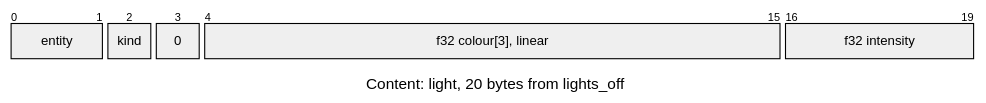
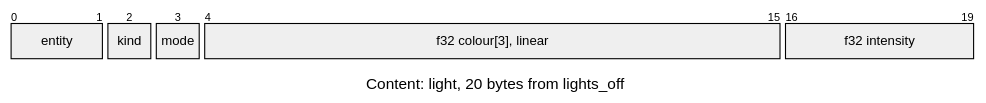
One commit to jose-villegas/autana changed the sixth of 16 diagrams in docs/assets/formats/SCNE.md. Above: the diagram before and after it, drawn with Mermaid. The commit also changed other lines of this file and 3 other files, not shown here.

````diff
--- a/docs/assets/formats/SCNE.md
+++ b/docs/assets/formats/SCNE.md
@@ -109,16 +109,16 @@
 ```mermaid
 ---
 config:
-  themeCSS: "g:nth-of-type(2) rect:nth-of-type(1) { fill: #e3e3e3 !important; } g:nth-of-type(2) rect:nth-of-type(2) { fill: #e3e3e3 !important; } g:nth-of-type(2) rect:nth-of-type(3) { fill: #ffffff !important; stroke-dasharray: 4 3 !important; } g:nth-of-type(2) rect:nth-of-type(4) { fill: #e3e3e3 !important; } g:nth-of-type(2) rect:nth-of-type(5) { fill: #e3e3e3 !important; } .packetLabel { fill: #1b1b1b !important; }"
+  themeCSS: "g:nth-of-type(2) rect:nth-of-type(1) { fill: #e3e3e3 !important; } g:nth-of-type(2) rect:nth-of-type(2) { fill: #e3e3e3 !important; } g:nth-of-type(2) rect:nth-of-type(3) { fill: #e3e3e3 !important; } g:nth-of-type(2) rect:nth-of-type(4) { fill: #e3e3e3 !important; } g:nth-of-type(2) rect:nth-of-type(5) { fill: #e3e3e3 !important; } .packetLabel { fill: #1b1b1b !important; }"
   packet:
     bitsPerRow: 20
     bitWidth: 44
 ---
 packet-beta
 title Content: light, 20 bytes from lights_off
 0-1: "entity"
 2: "kind"
-3: "0"
+3: "mode"
 4-15: "f32 colour[3], linear"
 16-19: "f32 intensity"
 ```
````
